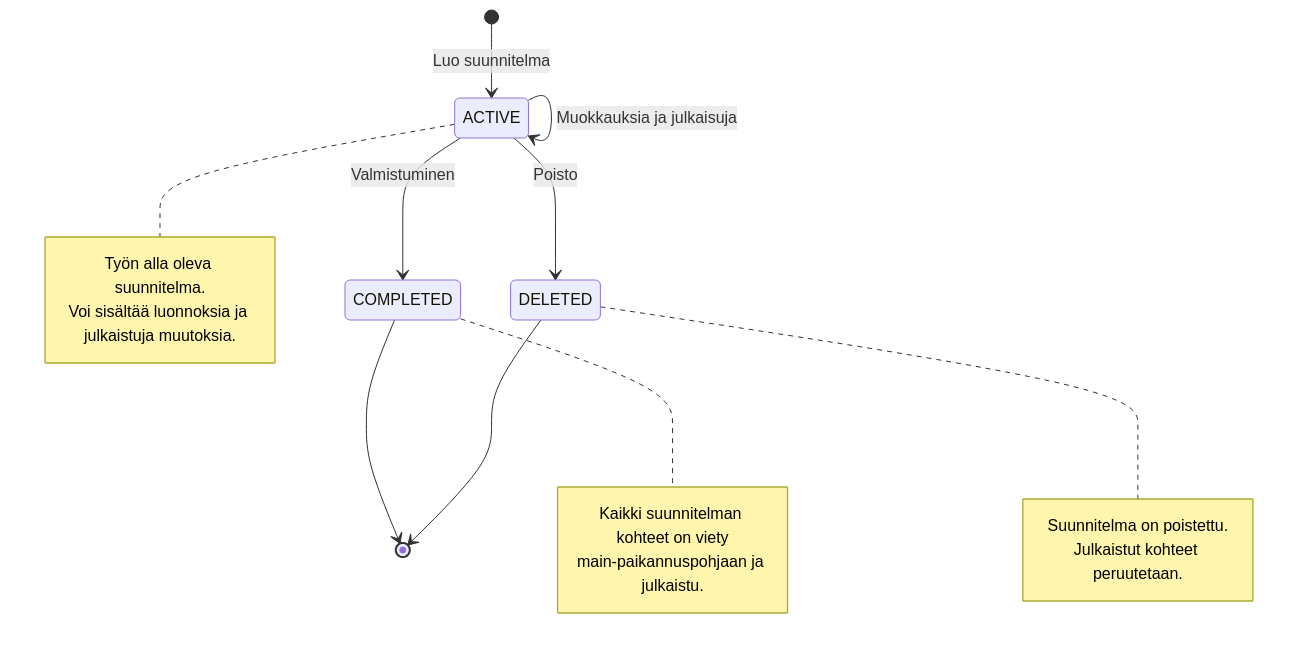
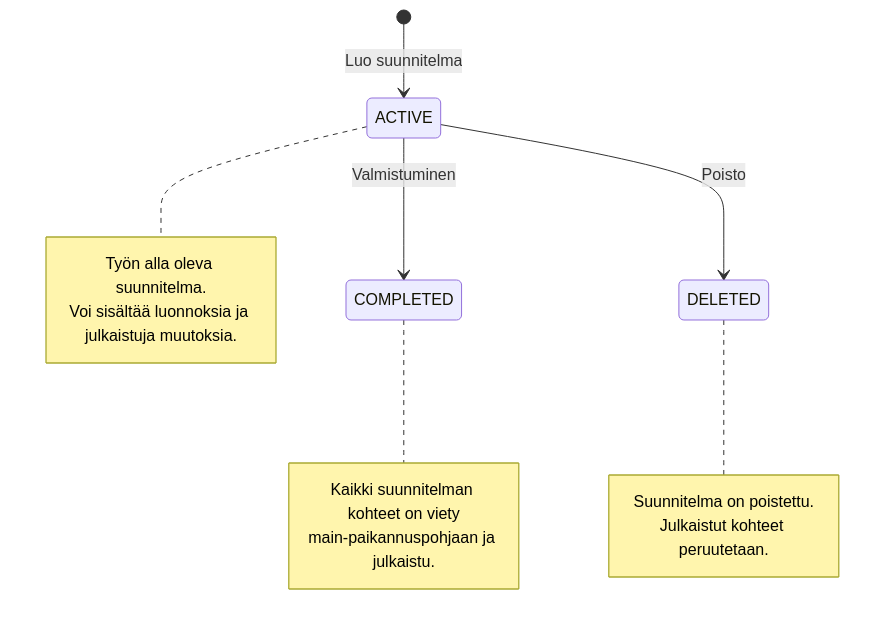
One commit to finnishtransportagency/geoviite changed the first of 3 diagrams in doc/suunnitelmatila.md. Above: the diagram before and after it, drawn with Mermaid. The commit also changed other lines of this file, not shown here.

Commit message:
GVT-3158: Removing unnecessary stuff, streamlining diagrams

````diff
--- a/doc/suunnitelmatila.md
+++ b/doc/suunnitelmatila.md
@@ -31,24 +31,21 @@
 ```mermaid
 stateDiagram-v2
     [*] --> ACTIVE: Luo suunnitelma
-    ACTIVE --> ACTIVE: Muokkauksia ja julkaisuja
     ACTIVE --> COMPLETED: Valmistuminen
     ACTIVE --> DELETED: Poisto
-    COMPLETED --> [*]
-    DELETED --> [*]
     
     note right of ACTIVE
         Työn alla oleva suunnitelma.
         Voi sisältää luonnoksia ja julkaistuja muutoksia.
     end note
     
     note right of COMPLETED
         Kaikki suunnitelman kohteet on viety
         main-paikannuspohjaan ja julkaistu.
     end note
     
     note right of DELETED
         Suunnitelma on poistettu.
         Julkaistut kohteet peruutetaan.
     end note
 ```
````
